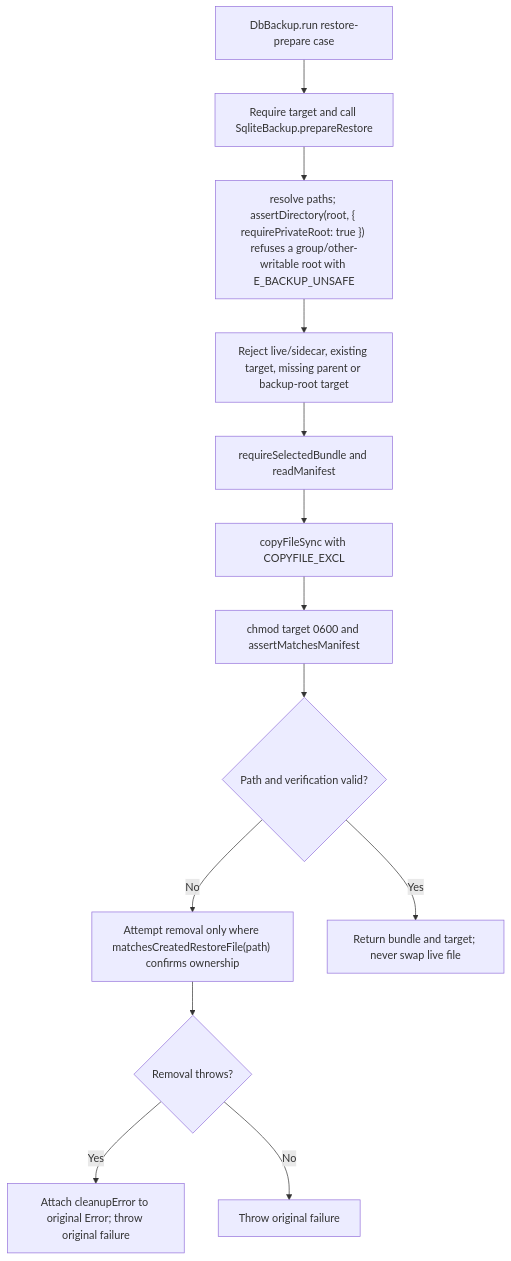
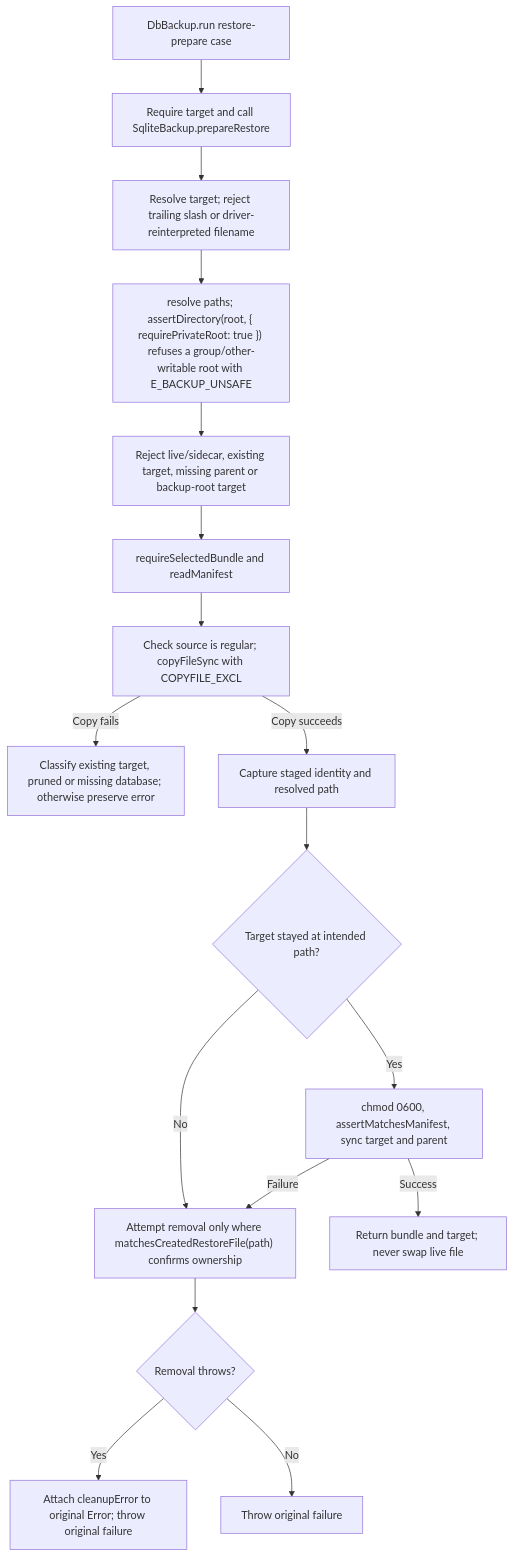
Before and after one commit to Kevinjohn/oss-adonisjs-sqlite-backup: the second of 2 diagrams in user-stories/prepare-restore/us-op-04-prepare-restore.md, drawn with Mermaid. The commit also changed other lines of this file and 12 other files, not shown here.

````diff
--- a/user-stories/prepare-restore/us-op-04-prepare-restore.md
+++ b/user-stories/prepare-restore/us-op-04-prepare-restore.md
@@ -47,15 +52,19 @@
 ```mermaid
 flowchart TD
     A["DbBackup.run restore-prepare case"] --> B["Require target and call SqliteBackup.prepareRestore"]
-    B --> C["resolve paths; assertDirectory(root, { requirePrivateRoot: true }) refuses a group/other-writable root with E_BACKUP_UNSAFE"]
+    B --> B1["Resolve target; reject trailing slash or driver-reinterpreted filename"]
+    B1 --> C["resolve paths; assertDirectory(root, { requirePrivateRoot: true }) refuses a group/other-writable root with E_BACKUP_UNSAFE"]
     C --> D["Reject live/sidecar, existing target, missing parent or backup-root target"]
     D --> E["requireSelectedBundle and readManifest"]
-    E --> F["copyFileSync with COPYFILE_EXCL"]
-    F --> G["chmod target 0600 and assertMatchesManifest"]
-    G --> H{"Path and verification valid?"}
+    E --> F["Check source is regular; copyFileSync with COPYFILE_EXCL"]
+    F -->|Copy fails| X["Classify existing target, pruned or missing database; otherwise preserve error"]
+    F -->|Copy succeeds| G1["Capture staged identity and resolved path"]
+    G1 --> H{"Target stayed at intended path?"}
     H -->|No| I["Attempt removal only where matchesCreatedRestoreFile(path) confirms ownership"]
     I --> K{"Removal throws?"}
     K -->|Yes| L["Attach cleanupError to original Error; throw original failure"]
     K -->|No| M["Throw original failure"]
-    H -->|Yes| J["Return bundle and target; never swap live file"]
+    H -->|Yes| G["chmod 0600, assertMatchesManifest, sync target and parent"]
+    G -->|Failure| I
+    G -->|Success| J["Return bundle and target; never swap live file"]
 ```
````
